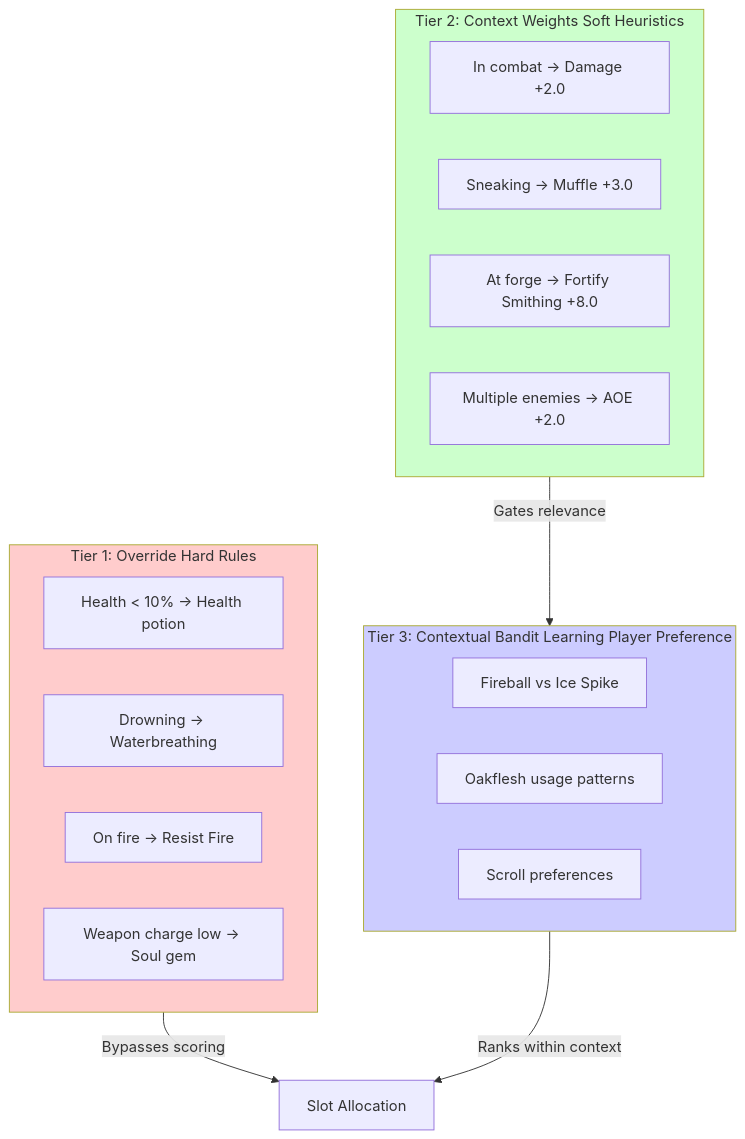
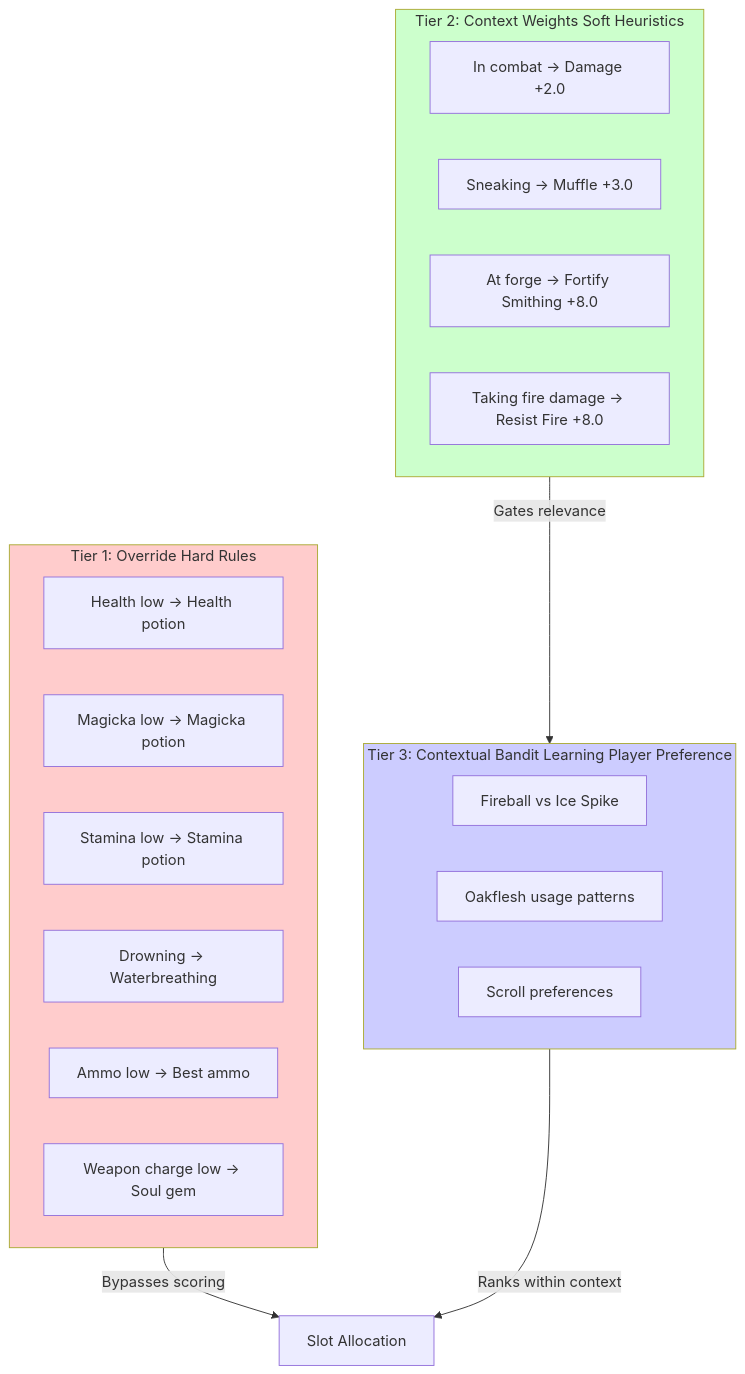
Before and after one commit to LandingCrew/huginn: the second of 10 diagrams in docs/architecture/0-pipeline.md, drawn with Mermaid. The commit also changed other lines of this file, not shown here.

````diff
--- a/docs/architecture/0-pipeline.md
+++ b/docs/architecture/0-pipeline.md
@@ -231,30 +231,32 @@
 ```mermaid
 graph TD
     subgraph Tier1[Tier 1: Override Hard Rules]
-        OR1[Health < 10% → Health potion]
-        OR2[Drowning → Waterbreathing]
-        OR3[On fire → Resist Fire]
-        OR4[Weapon charge low → Soul gem]
+        OR1[Health low → Health potion]
+        OR2[Magicka low → Magicka potion]
+        OR3[Stamina low → Stamina potion]
+        OR4[Drowning → Waterbreathing]
+        OR5[Ammo low → Best ammo]
+        OR6[Weapon charge low → Soul gem]
     end
 
     subgraph Tier2[Tier 2: Context Weights Soft Heuristics]
         CW1[In combat → Damage +2.0]
         CW2[Sneaking → Muffle +3.0]
         CW3[At forge → Fortify Smithing +8.0]
-        CW4[Multiple enemies → AOE +2.0]
+        CW4[Taking fire damage → Resist Fire +8.0]
     end
 
     subgraph Tier3[Tier 3: Contextual Bandit Learning Player Preference]
         QL1[Fireball vs Ice Spike]
         QL2[Oakflesh usage patterns]
         QL3[Scroll preferences]
     end
 
     Tier1 -->|Bypasses scoring| Output[Slot Allocation]
     Tier2 -->|Gates relevance| Tier3
     Tier3 -->|Ranks within context| Output
 
     style Tier1 fill:#ffcccc
     style Tier2 fill:#ccffcc
     style Tier3 fill:#ccccff
 ```
````
